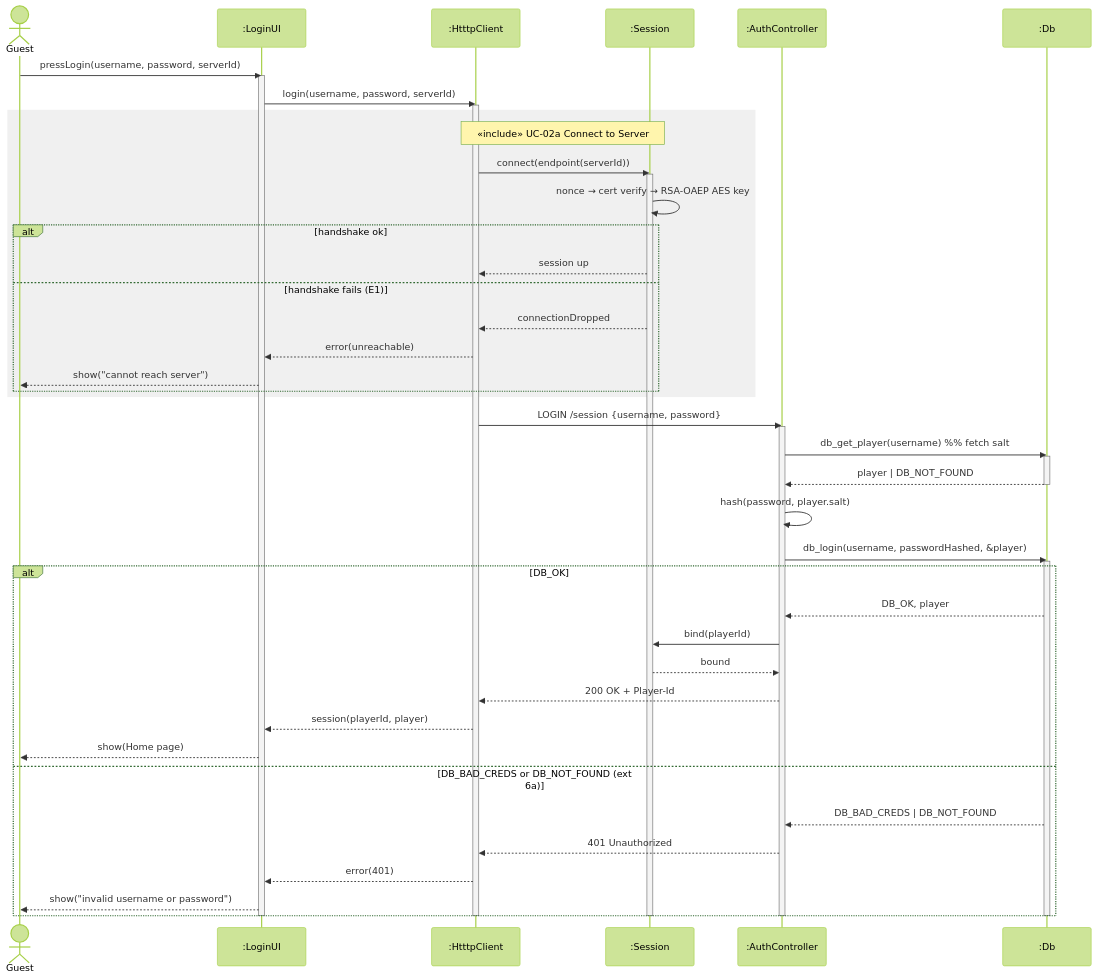
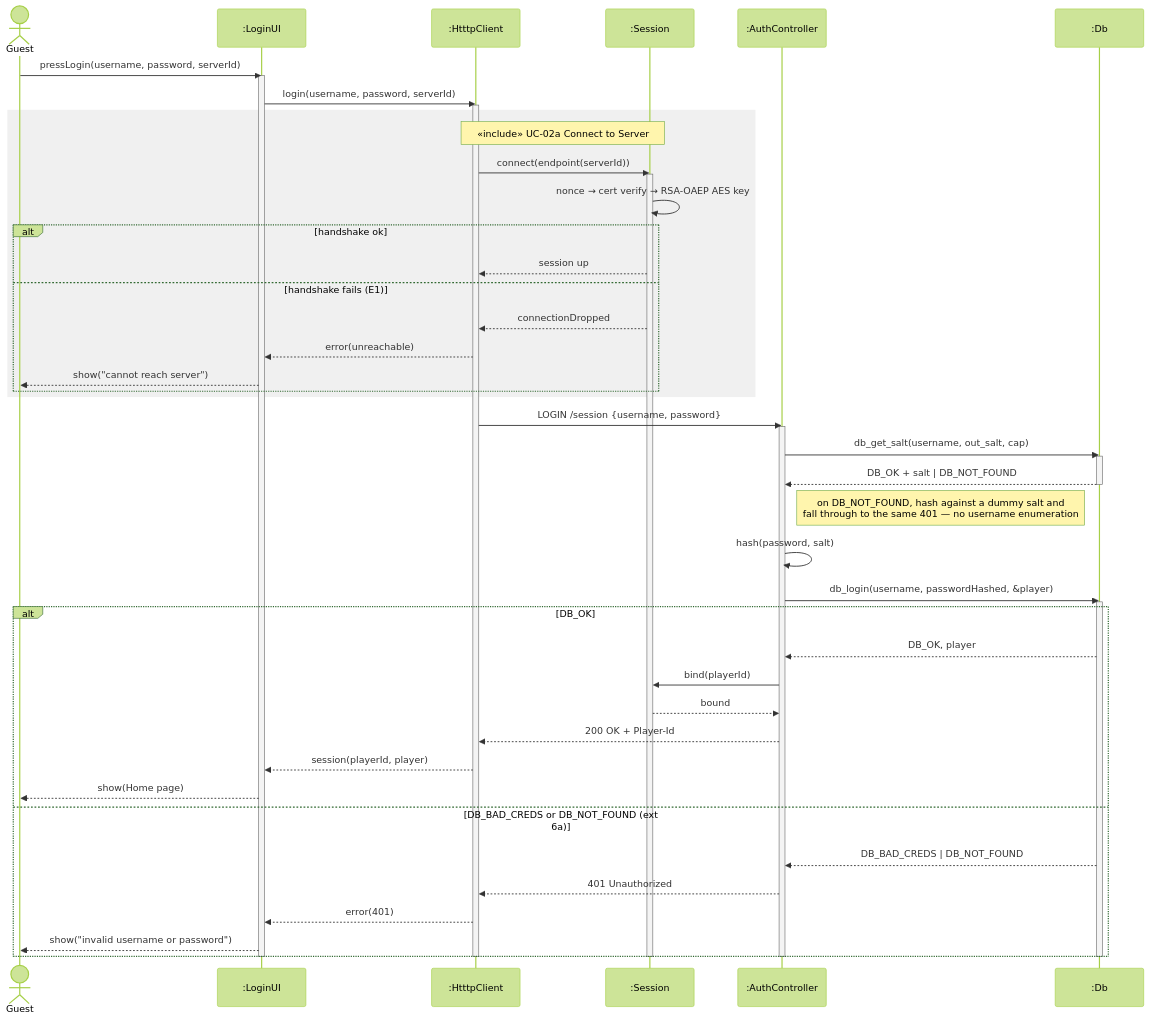
Before and after one commit to ziqiqiiii/tetriSH: the second of 29 diagrams in docs/diagrams/class_and_sequence_diagrams/complete_sequence_diagram.md, drawn with Mermaid (forest theme). The commit also changed 9 other files, not shown here.

Commit message:
fix: add db_get_salt function for fetching player's salt and update related documentation

````diff
--- a/docs/diagrams/class_and_sequence_diagrams/complete_sequence_diagram.md
+++ b/docs/diagrams/class_and_sequence_diagrams/complete_sequence_diagram.md
@@ -101,61 +101,62 @@
 ```mermaid
 sequenceDiagram
     actor Guest
     participant UI as :LoginUI
     participant C as :HtttpClient
     participant S as :Session
     participant AC as :AuthController
     participant DB as :Db
 
     Guest->>UI: pressLogin(username, password, serverId)
     activate UI
     UI->>C: login(username, password, serverId)
     activate C
 
     rect rgb(240, 240, 240)
         note over C,S: «include» UC-02a Connect to Server
         C->>S: connect(endpoint(serverId))
         activate S
         S->>S: nonce → cert verify → RSA-OAEP AES key
         alt handshake ok
             S-->>C: session up
         else handshake fails  (E1)
             S-->>C: connectionDropped
             C-->>UI: error(unreachable)
             UI-->>Guest: show("cannot reach server")
         end
     end
 
     C->>AC: LOGIN /session {username, password}
     activate AC
 
-    AC->>DB: db_get_player(username)  %% fetch salt
+    AC->>DB: db_get_salt(username, out_salt, cap)
     activate DB
-    DB-->>AC: player | DB_NOT_FOUND
+    DB-->>AC: DB_OK + salt | DB_NOT_FOUND
     deactivate DB
+    note right of AC: on DB_NOT_FOUND, hash against a dummy salt and<br/>fall through to the same 401 — no username enumeration
 
-    AC->>AC: hash(password, player.salt)
+    AC->>AC: hash(password, salt)
 
     AC->>DB: db_login(username, passwordHashed, &player)
     activate DB
 
     alt DB_OK
         DB-->>AC: DB_OK, player
         AC->>S: bind(playerId)
         S-->>AC: bound
         AC-->>C: 200 OK + Player-Id
         C-->>UI: session(playerId, player)
         UI-->>Guest: show(Home page)
     else DB_BAD_CREDS or DB_NOT_FOUND  (ext 6a)
         DB-->>AC: DB_BAD_CREDS | DB_NOT_FOUND
         AC-->>C: 401 Unauthorized
         C-->>UI: error(401)
         UI-->>Guest: show("invalid username or password")
     end
 
     deactivate DB
     deactivate AC
     deactivate S
     deactivate C
     deactivate UI
 ```
````
